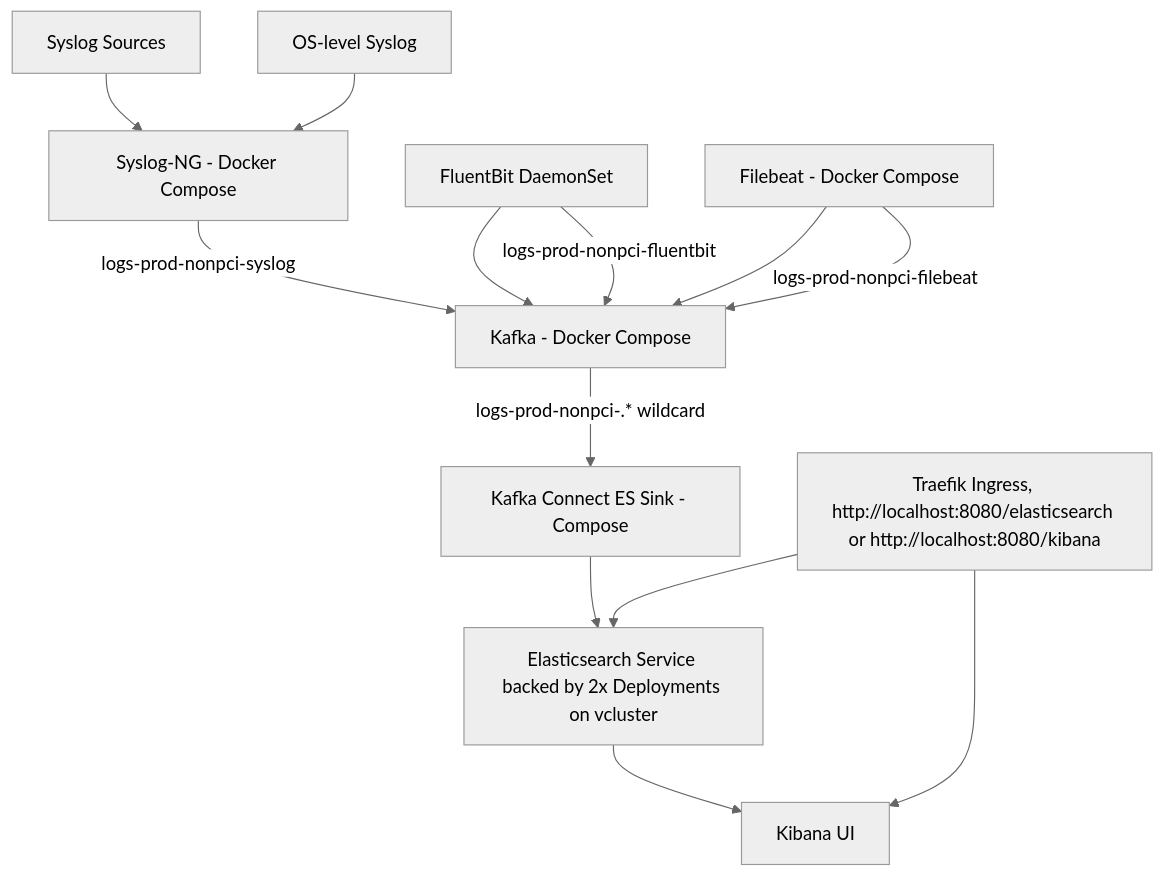
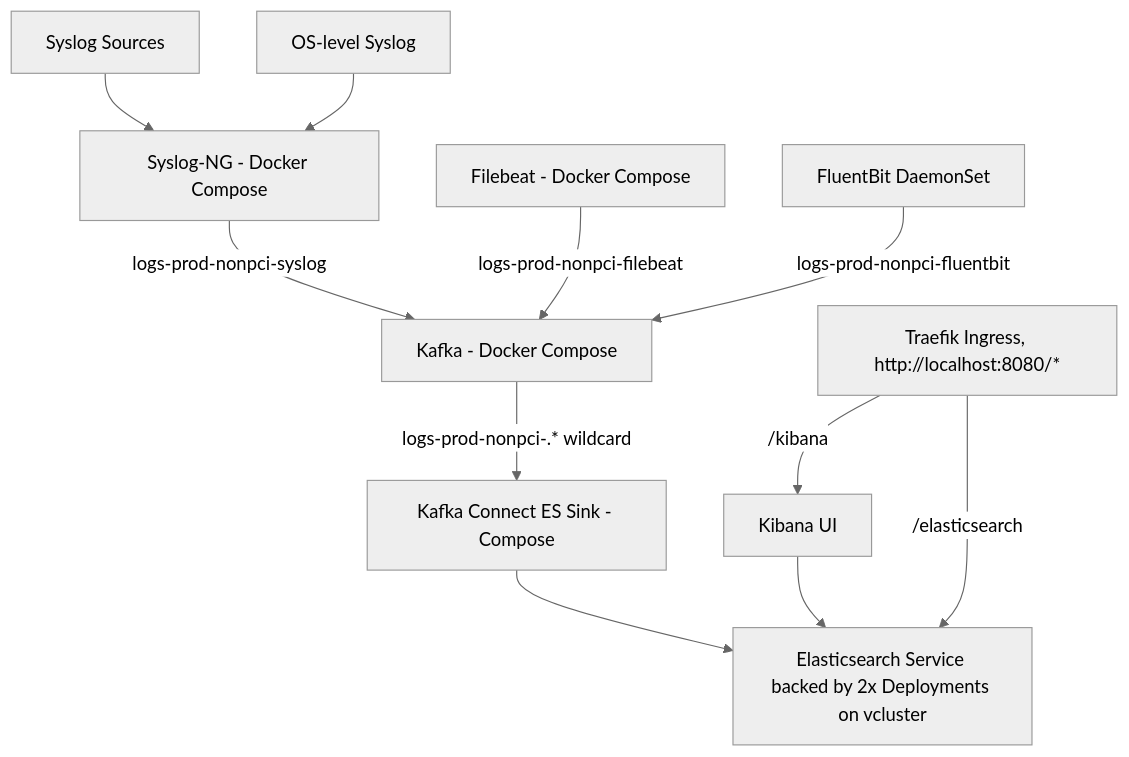
One commit to georgelza/ElasticPipelineLab changed the diagram in Deployment/DEPLOY_ELASTIC.md. Above: the diagram before and after it, drawn with Mermaid (neutral theme).

Commit message:
Filling gaps in infrastucture/*, rounding off our topics->ES repo's-> S3 buckets structure, and lots of documentation

````diff
--- a/Deployment/DEPLOY_ELASTIC.md
+++ b/Deployment/DEPLOY_ELASTIC.md
@@ -18,15 +18,13 @@
 ```mermaid
 graph TD
     A[Syslog Sources] --> B[Syslog-NG - Docker Compose]
-    H[FluentBit DaemonSet] --> D[Kafka - Docker Compose]
-    C[Filebeat - Docker Compose] --> D
     B -->|logs-prod-nonpci-syslog| D
-    C -->|logs-prod-nonpci-filebeat| D
-    H -->|logs-prod-nonpci-fluentbit| D
+    C[Filebeat - Docker Compose] -->|logs-prod-nonpci-filebeat| D
+    H[FluentBit DaemonSet] -->|logs-prod-nonpci-fluentbit| D[Kafka - Docker Compose]
     D -->|logs-prod-nonpci-.* wildcard| E[Kafka Connect ES Sink - Compose]
     E --> F[Elasticsearch Service backed by 2x Deployments on vcluster]
-    F --> G[Kibana UI]
-    K[Traefik Ingress, http://localhost:8080/elasticsearch or http://localhost:8080/kibana] --> F
-    K --> G
+    G[Kibana UI] --> F
+    K[Traefik Ingress, http://localhost:8080/*] -->|/elasticsearch| F
+    K -->|/kibana| G
     I[OS-level Syslog] --> B
 ```
````
